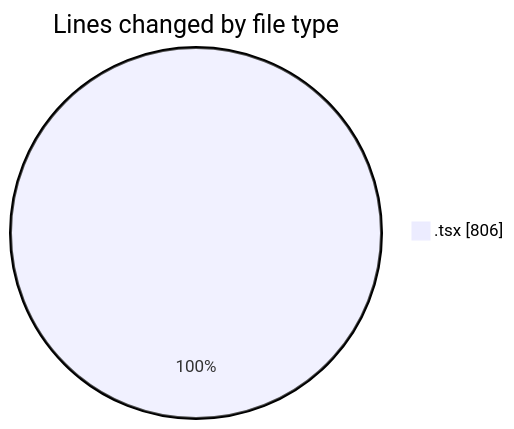
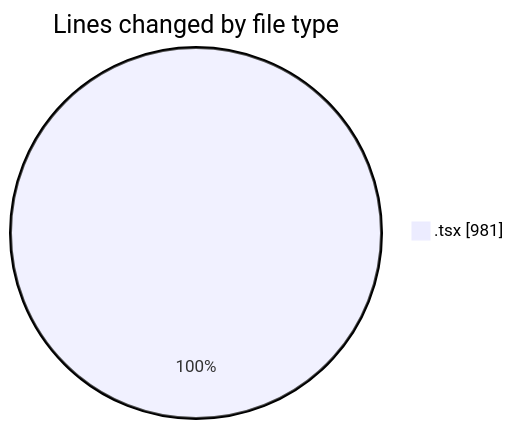
One commit to JenPaints/code-tracking changed the first of 2 diagrams in 2025-05-29/kimberly-groups/README.md. Above: the diagram before and after it, drawn with Mermaid. The commit also changed other lines of this file and 1 other file, not shown here.

````diff
--- a/2025-05-29/kimberly-groups/README.md
+++ b/2025-05-29/kimberly-groups/README.md
@@ -21,5 +22,5 @@
 ```mermaid
 pie showData
 title Lines changed by file type
-".tsx" : 806
+".tsx" : 981
 ```
````
